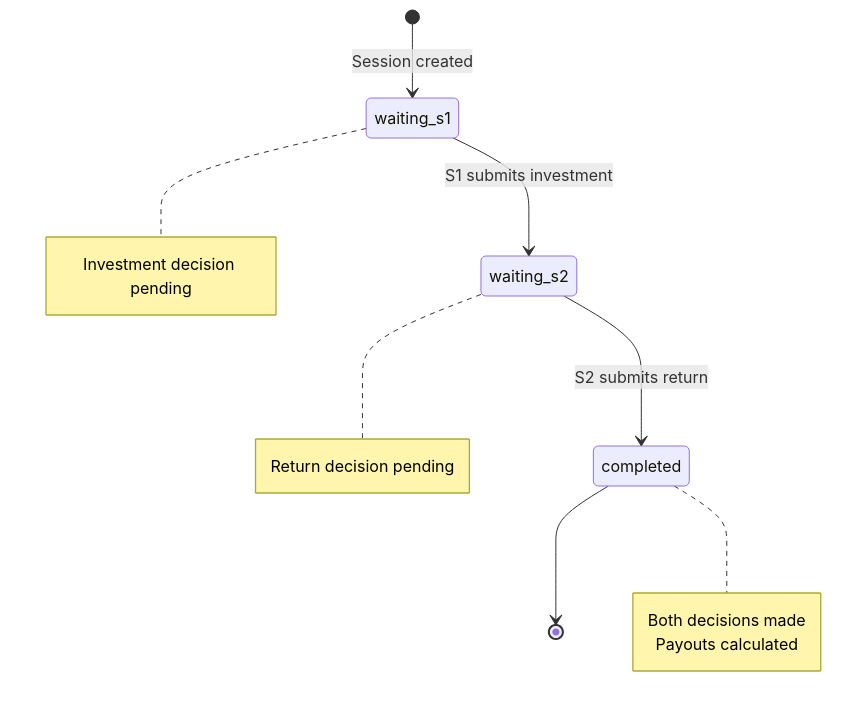
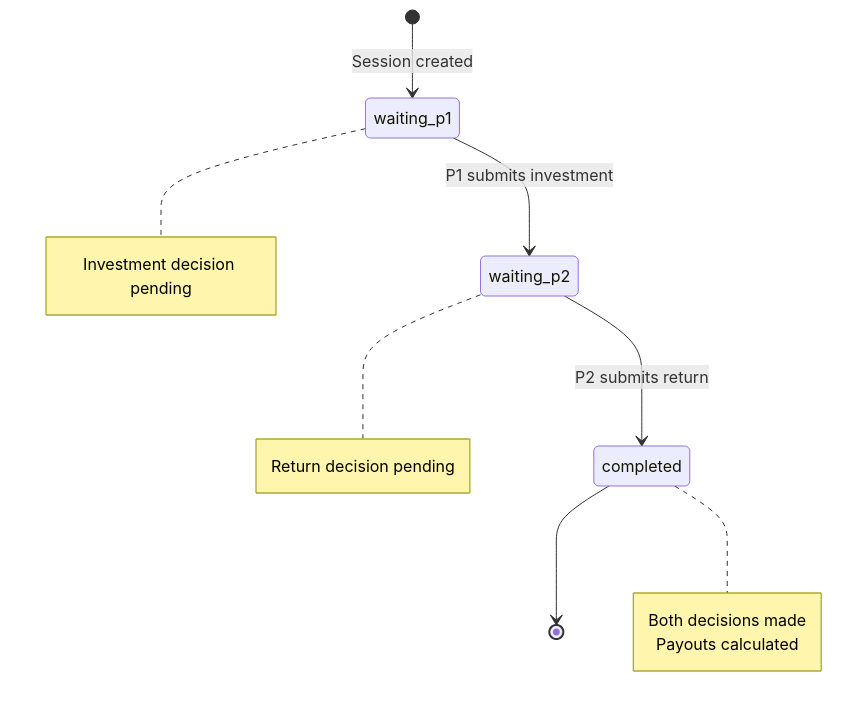
One commit to Open-Science-Blockchain-Economics/bx-hive changed diagram 11 of 11 in docs/reference-docs/data-architecture.md. Above: the diagram before and after it, drawn with Mermaid. The commit also changed other lines of this file and 2 other files, not shown here.

````diff
--- a/docs/reference-docs/data-architecture.md
+++ b/docs/reference-docs/data-architecture.md
@@ -527,20 +527,20 @@
 ```mermaid
 stateDiagram-v2
-    [*] --> waiting_s1: Session created
-    waiting_s1 --> waiting_s2: S1 submits investment
-    waiting_s2 --> completed: S2 submits return
+    [*] --> waiting_p1: Session created
+    waiting_p1 --> waiting_p2: P1 submits investment
+    waiting_p2 --> completed: P2 submits return
     completed --> [*]
 
-    note right of waiting_s1
+    note right of waiting_p1
         Investment decision pending
     end note
 
-    note right of waiting_s2
+    note right of waiting_p2
         Return decision pending
     end note
 
     note right of completed
         Both decisions made
         Payouts calculated
     end note
 ```
````
